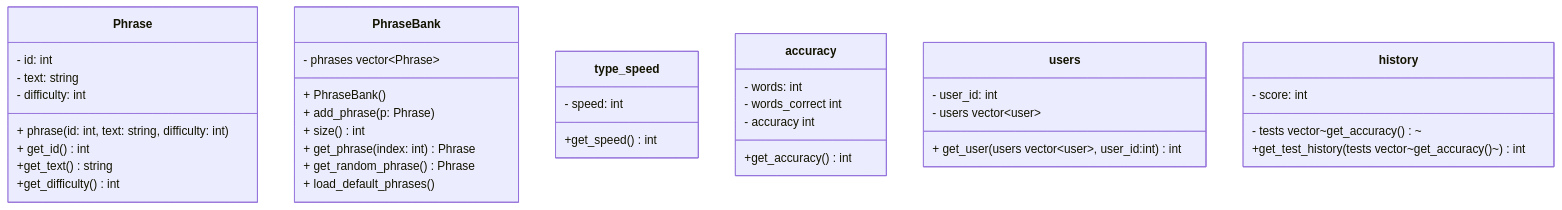
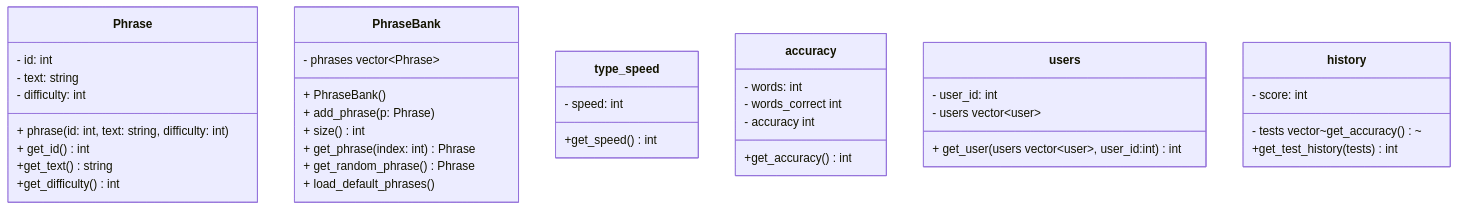
The diagram in README.md (MattOrtiz530/tippitytappity-design), drawn with Mermaid before and after one commit.

````diff
--- a/README.md
+++ b/README.md
@@ -9,50 +9,50 @@
 ```mermaid
 classDiagram
   
   class Phrase{
         - id: int
         - text: string
         - difficulty: int
         + phrase(id: int, text: string, difficulty: int)
         + get_id() int
         +get_text() string
         +get_difficulty() int
 
   }
   class PhraseBank{
         - phrases vector~Phrase~
         + PhraseBank()
         + add_phrase(p: Phrase)
         + size() int
         + get_phrase(index: int) Phrase
         + get_random_phrase() Phrase
         + load_default_phrases()
   }
 class type_speed{
   - speed: int
   +get_speed() int
 }
 
 class accuracy{
   - words: int
   - words_correct int
   - accuracy int
   +get_accuracy() int
 
 }
 
 class users{
   - user_id: int
   - users vector~user~
   + get_user(users vector~user~, user_id:int) int
 }
 
 class history{
   - score: int
   - tests vector~get_accuracy()~
 
-  +get_test_history(tests vector~get_accuracy()~) int
+  +get_test_history(tests) int
 }
 
 
 ```
````
